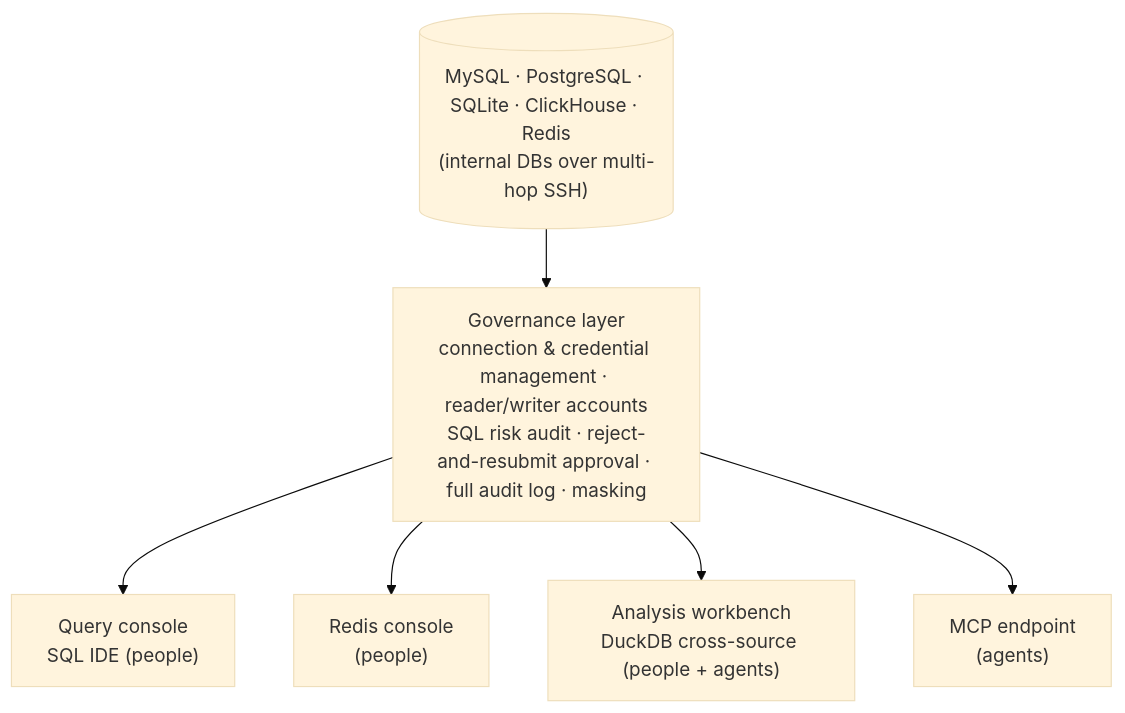
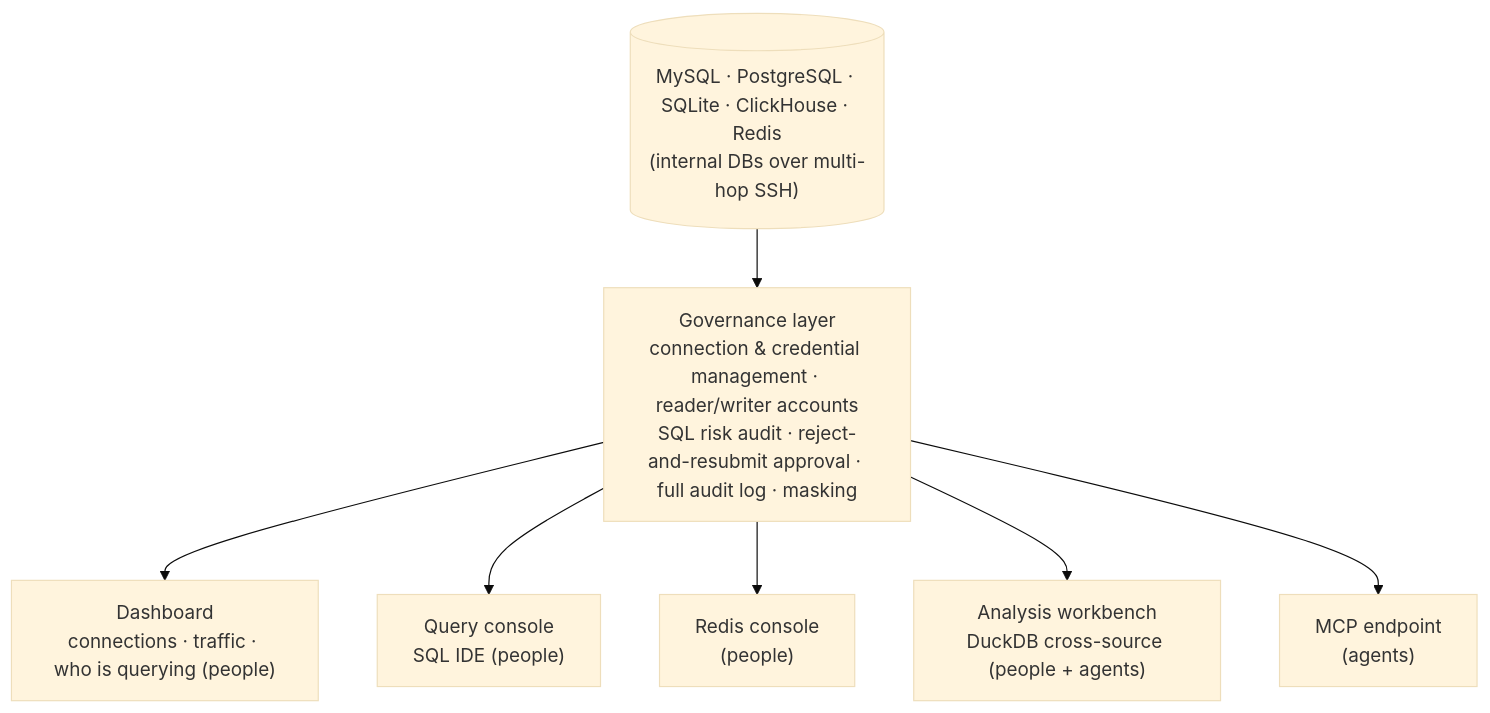
The diagram in README.en.md (jianxinliu/Quay), drawn with Mermaid (base theme) before and after one commit. The commit also changed other lines of this file and 1 other file, not shown here.

````diff
--- a/README.en.md
+++ b/README.en.md
@@ -159,9 +161,10 @@
 ```mermaid
 flowchart TB
     DB[("MySQL · PostgreSQL · SQLite · ClickHouse · Redis<br/>(internal DBs over multi-hop SSH)")]
     DB --> GOV["Governance layer<br/>connection & credential management · reader/writer accounts<br/>SQL risk audit · reject-and-resubmit approval · full audit log · masking"]
+    GOV --> T0["Dashboard<br/>connections · traffic · who is querying (people)"]
     GOV --> T1["Query console<br/>SQL IDE (people)"]
     GOV --> T2["Redis console<br/>(people)"]
     GOV --> T3["Analysis workbench<br/>DuckDB cross-source (people + agents)"]
     GOV --> T4["MCP endpoint<br/>(agents)"]
 ```
````
